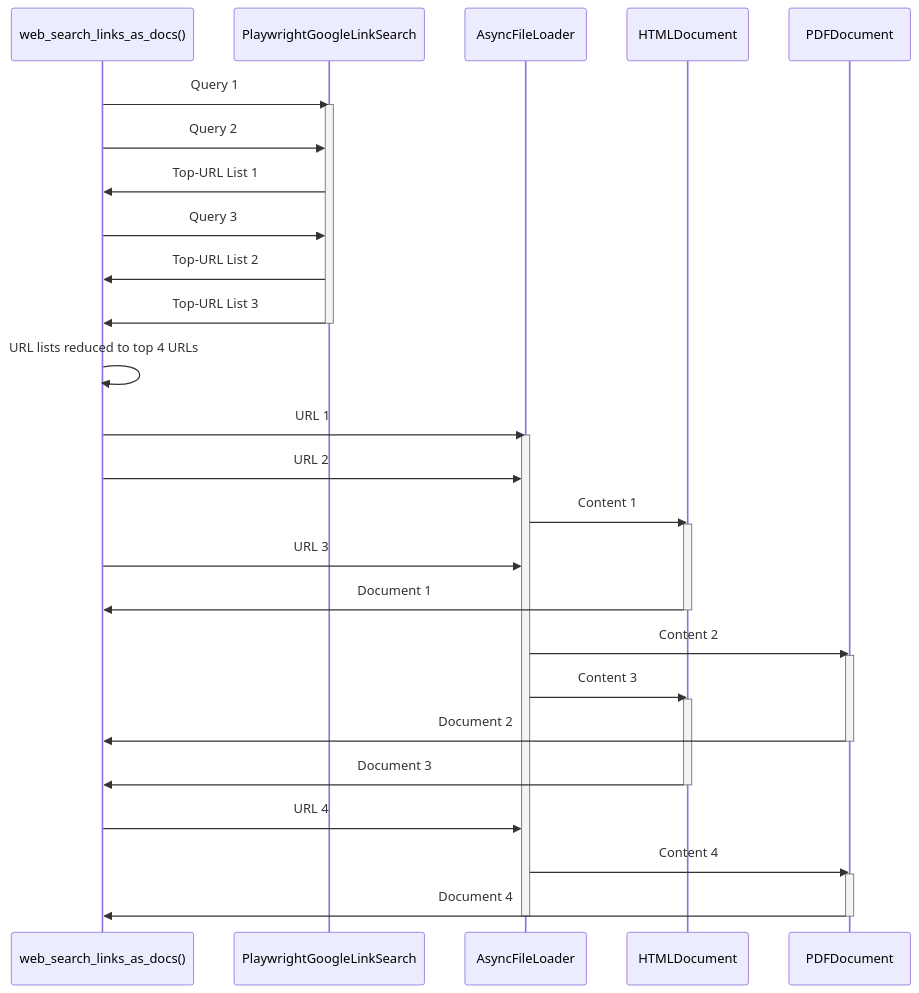
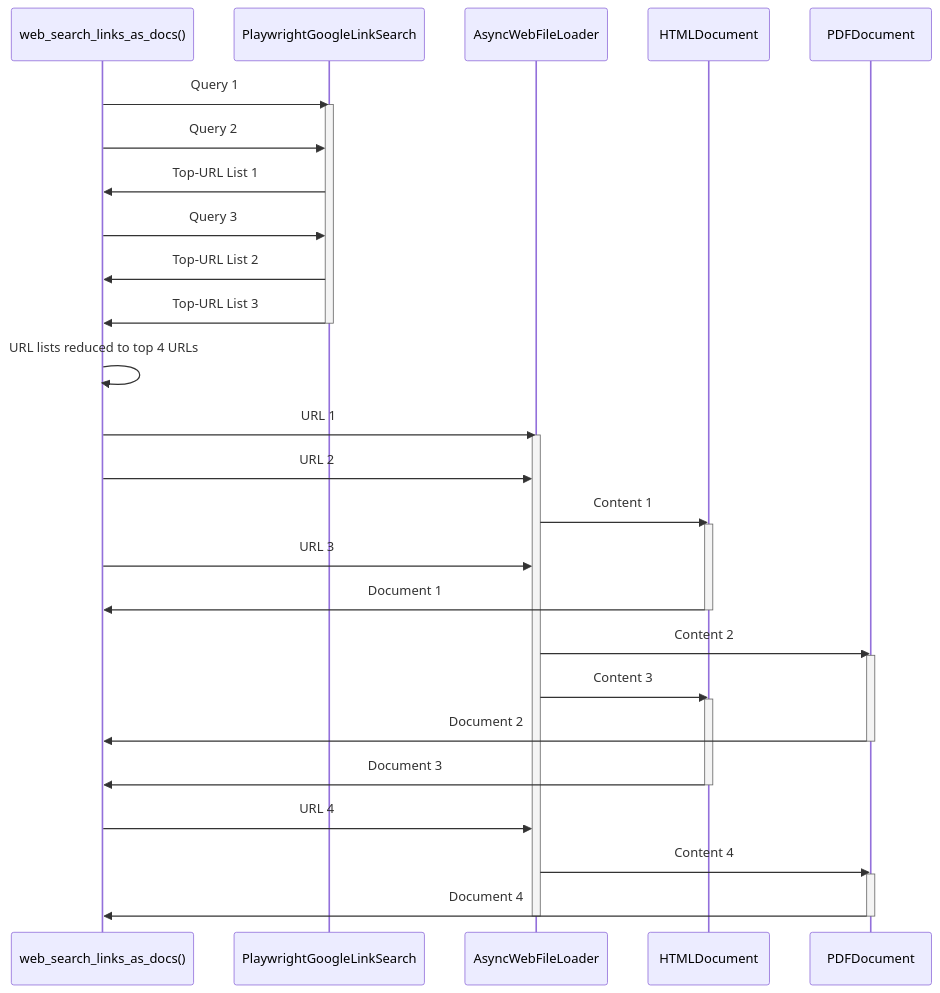
The fourth of 5 diagrams in docs/source/dev/ords_architecture.rst (NatLabRockies/elm), drawn with Mermaid before and after one commit. The commit also changed other lines of this file and 6 other files, not shown here.

Commit message:
`AsyncFileLoader` -> `AsyncWebFileLoader`

```diff
--- a/docs/source/dev/ords_architecture.rst
+++ b/docs/source/dev/ords_architecture.rst
@@ -789,42 +789,42 @@
 .. mermaid::
 
     sequenceDiagram
         participant A as web_search_links_as_docs()
         participant B as PlaywrightGoogleLinkSearch
-        participant D as AsyncFileLoader
+        participant D as AsyncWebFileLoader
         participant E as HTMLDocument
         participant F as PDFDocument
 
         A ->> B: Query 1
         activate B
         A ->> B: Query 2
         B ->> A: Top-URL List 1
         A ->> B: Query 3
         B ->> A: Top-URL List 2
         B ->> A: Top-URL List 3
         deactivate B
 
         A ->> A: URL lists reduced to top 4 URLs
 
         A ->> D: URL 1
         activate D
         A ->> D: URL 2
         D ->> E: Content 1
         activate E
         A ->> D: URL 3
         E ->> A: Document 1
         deactivate E
         D ->> F: Content 2
         activate F
         D ->> E: Content 3
         activate E
         F ->> A: Document 2
         deactivate F
         E ->> A: Document 3
         deactivate E
         A ->> D: URL 4
         D ->> F: Content 4
         activate F
         F ->> A: Document 4
         deactivate F
         deactivate D
```
